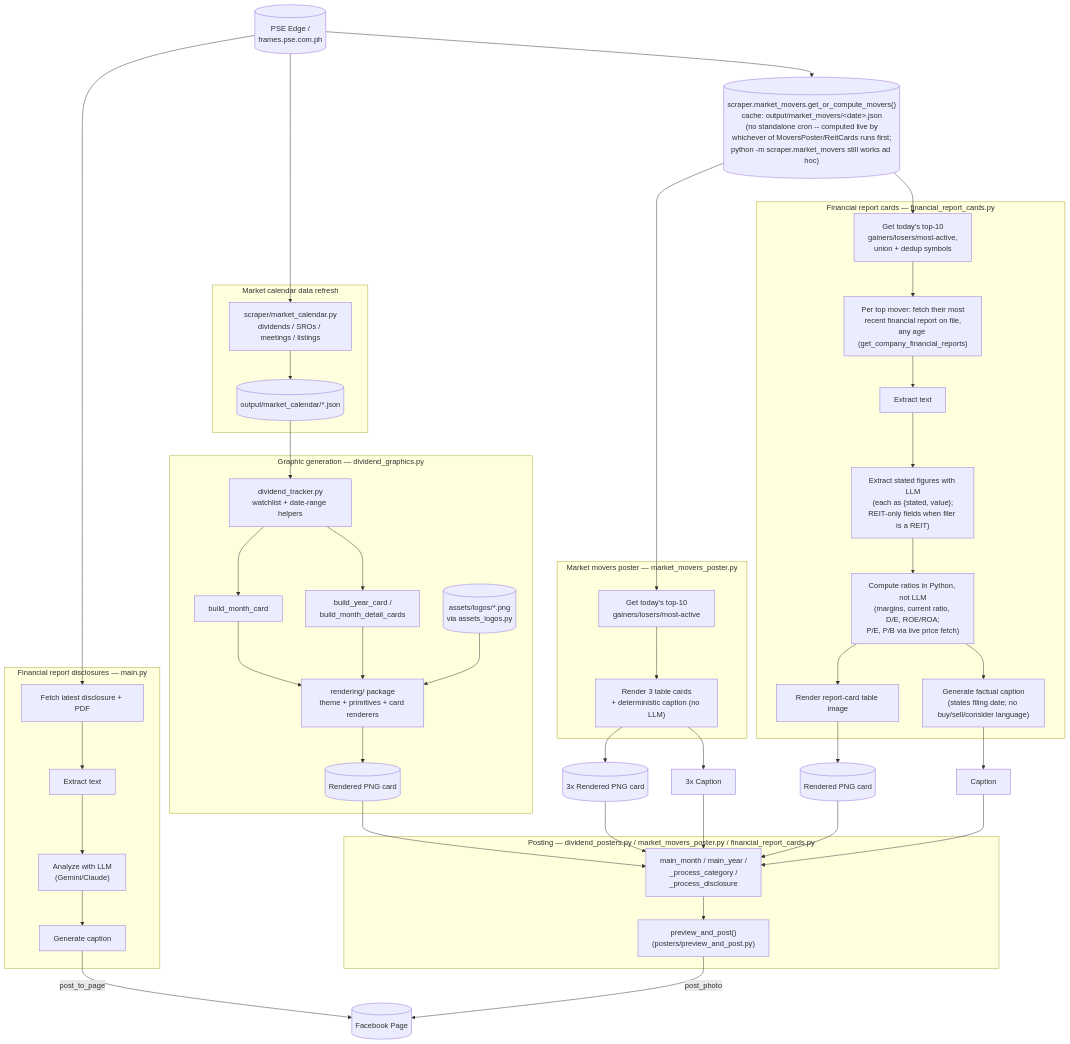
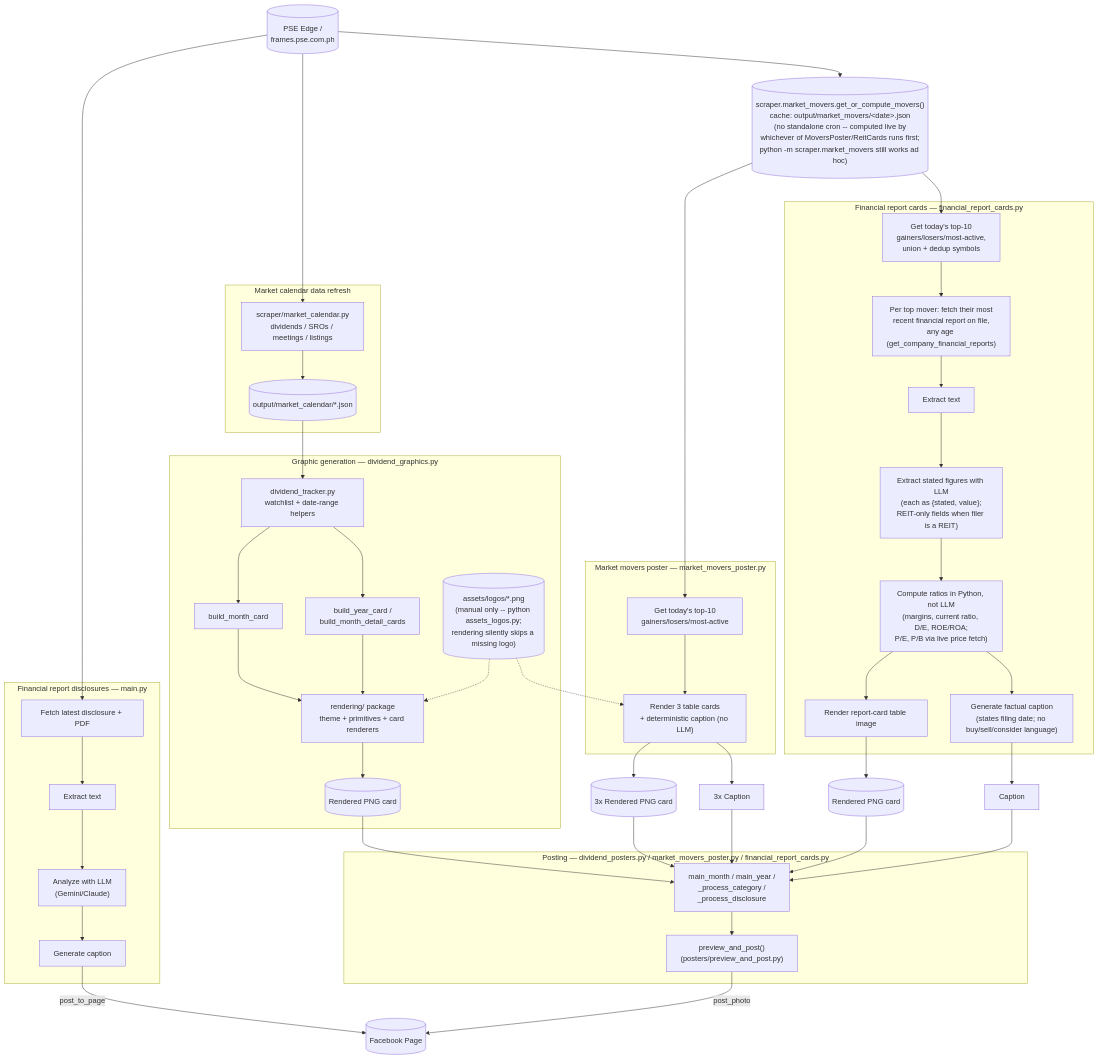
One commit to carljustineoyales/ai_financial_sns_page changed the diagram in README.md. Above: the diagram before and after it, drawn with Mermaid. The commit also changed other lines of this file and 3 other files, not shown here.

````diff
--- a/README.md
+++ b/README.md
@@ -80,76 +84,77 @@
 ```mermaid
 flowchart TD
     PSE[(PSE Edge /\nframes.pse.com.ph)]
 
     subgraph Disclosures["Financial report disclosures — main.py"]
         D1[Fetch latest disclosure + PDF]
         D2[Extract text]
         D3["Analyze with LLM\n(Gemini/Claude)"]
         D4[Generate caption]
         D1 --> D2 --> D3 --> D4
     end
     PSE --> D1
 
     subgraph MarketData["Market calendar data refresh"]
         M2["scraper/market_calendar.py\ndividends / SROs / meetings / listings"]
         OUT2[(output/market_calendar/*.json)]
         M2 --> OUT2
     end
     PSE --> M2
 
     SHARED[("scraper.market_movers.get_or_compute_movers()\ncache: output/market_movers/&lt;date&gt;.json\n(no standalone cron -- computed live by\nwhichever of MoversPoster/ReitCards runs first;\npython -m scraper.market_movers still works ad hoc)")]
     PSE --> SHARED
 
     subgraph MoversPoster["Market movers poster — market_movers_poster.py"]
         MP1["Get today's top-10\ngainers/losers/most-active"]
         MP2["Render 3 table cards\n+ deterministic caption (no LLM)"]
         MP1 --> MP2
     end
     SHARED --> MP1
+    LOGOS -.-> MP2
     MP2 --> MPPNG[(3x Rendered PNG card)]
     MP2 --> MPCAP[3x Caption]
 
     subgraph ReitCards["Financial report cards — financial_report_cards.py"]
         RC0["Get today's top-10\ngainers/losers/most-active,\nunion + dedup symbols"]
         RC1["Per top mover: fetch their most\nrecent financial report on file,\nany age (get_company_financial_reports)"]
         RC2[Extract text]
         RC3["Extract stated figures with LLM\n(each as {stated, value};\nREIT-only fields when filer is a REIT)"]
         RC6["Compute ratios in Python, not LLM\n(margins, current ratio, D/E, ROE/ROA;\nP/E, P/B via live price fetch)"]
         RC4[Render report-card table image]
         RC5["Generate factual caption\n(states filing date; no buy/sell/consider language)"]
         RC0 --> RC1 --> RC2 --> RC3 --> RC6 --> RC4
         RC6 --> RC5
     end
     SHARED --> RC0
     RC4 --> RCPNG[(Rendered PNG card)]
     RC5 --> RCCAP[Caption]
 
     subgraph Graphics["Graphic generation — dividend_graphics.py"]
         WL["dividend_tracker.py\nwatchlist + date-range helpers"]
         G1[build_month_card]
         G2[build_year_card /\nbuild_month_detail_cards]
         R["rendering/ package\ntheme + primitives + card renderers"]
-        LOGOS[(assets/logos/*.png\nvia assets_logos.py)]
+        LOGOS[("assets/logos/*.png\n(manual only -- python assets_logos.py;\nrendering silently skips a missing logo)")]
         PNG[(Rendered PNG card)]
         WL --> G1 --> R
         WL --> G2 --> R
-        LOGOS --> R
+        LOGOS -.-> R
         R --> PNG
     end
     OUT2 --> WL
 
     subgraph Posting["Posting — dividend_posters.py / market_movers_poster.py / financial_report_cards.py"]
         P1[main_month / main_year /\n_process_category /\n_process_disclosure]
         P2["preview_and_post()\n(posters/preview_and_post.py)"]
         P1 --> P2
     end
     PNG --> P1
     MPPNG --> P1
     MPCAP --> P1
     RCPNG --> P1
     RCCAP --> P1
 
     FB[(Facebook Page)]
     D4 -- post_to_page --> FB
     P2 -- post_photo --> FB
 ```
````
